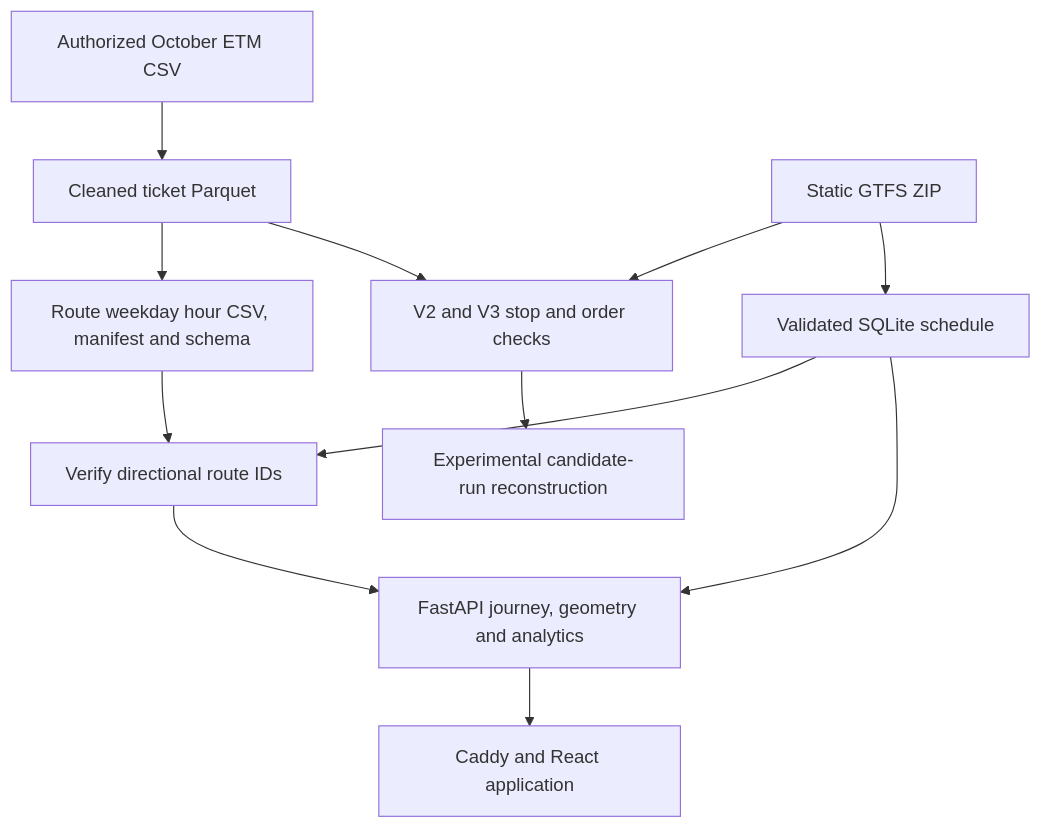
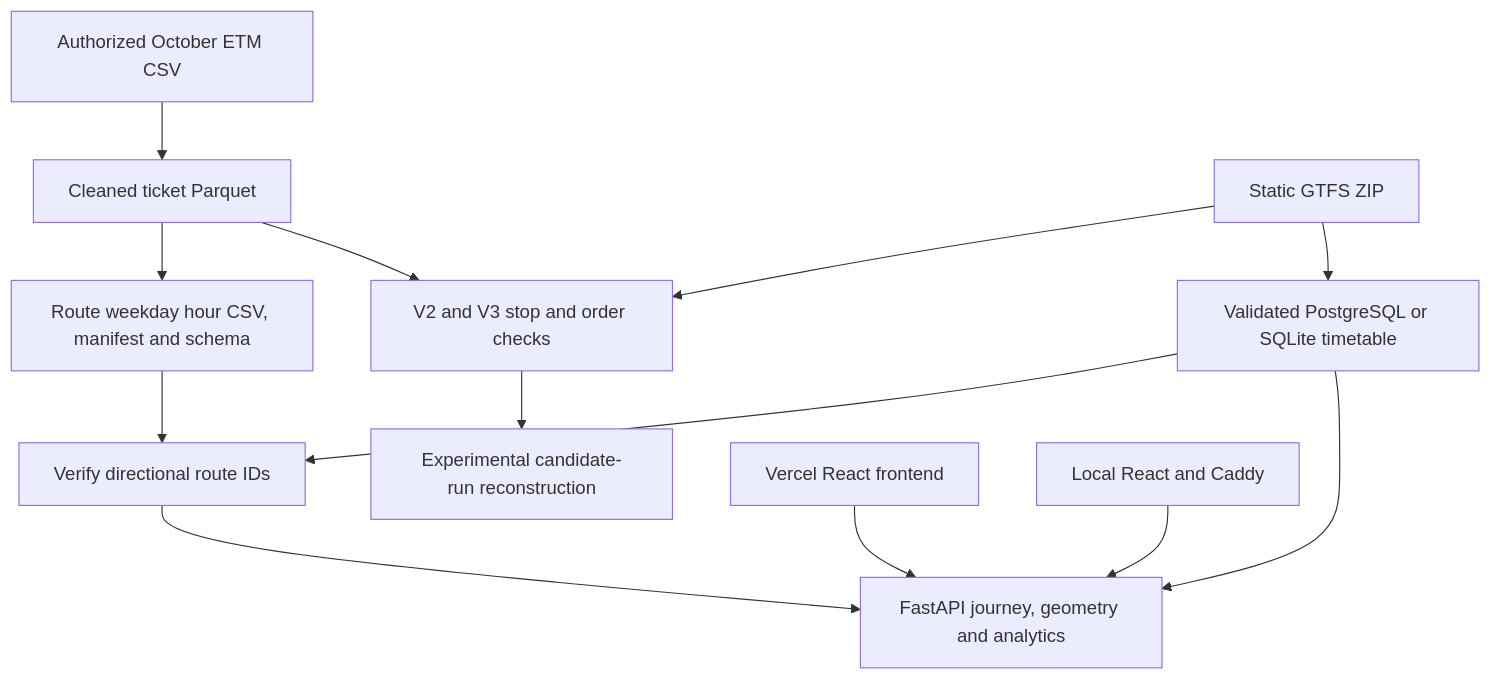
Before and after one commit to RISHI-0723/Safarnama: the diagram in 02_TECHNICAL_NOTE.md, drawn with Mermaid. The commit also changed other lines of this file and 10 other files, not shown here.

````diff
--- a/02_TECHNICAL_NOTE.md
+++ b/02_TECHNICAL_NOTE.md
@@ -15,14 +15,15 @@
 ```mermaid
 flowchart TD
     ETM["Authorized October ETM CSV"] --> Clean["Cleaned ticket Parquet"]
     Clean --> Match["V2 and V3 stop and order checks"]
     Match --> Research["Experimental candidate-run reconstruction"]
     Clean --> Export["Route weekday hour CSV, manifest and schema"]
-    GTFS["Static GTFS ZIP"] --> SQLite["Validated SQLite schedule"]
+    GTFS["Static GTFS ZIP"] --> Schedule["Validated PostgreSQL or SQLite timetable"]
     GTFS --> Match
-    SQLite --> API["FastAPI journey, geometry and analytics"]
-    SQLite --> Crosswalk["Verify directional route IDs"]
+    Schedule --> API["FastAPI journey, geometry and analytics"]
+    Schedule --> Crosswalk["Verify directional route IDs"]
     Export --> Crosswalk
     Crosswalk --> API
-    API --> UI["Caddy and React application"]
+    Web["Vercel React frontend"] --> API
+    Local["Local React and Caddy"] --> API
 ```
````
